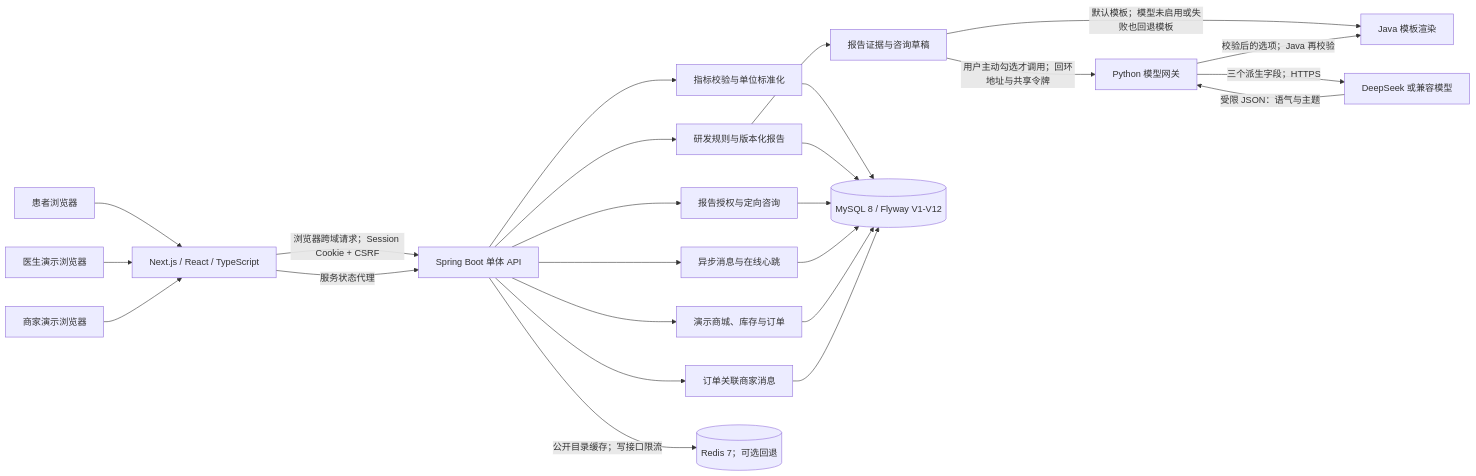
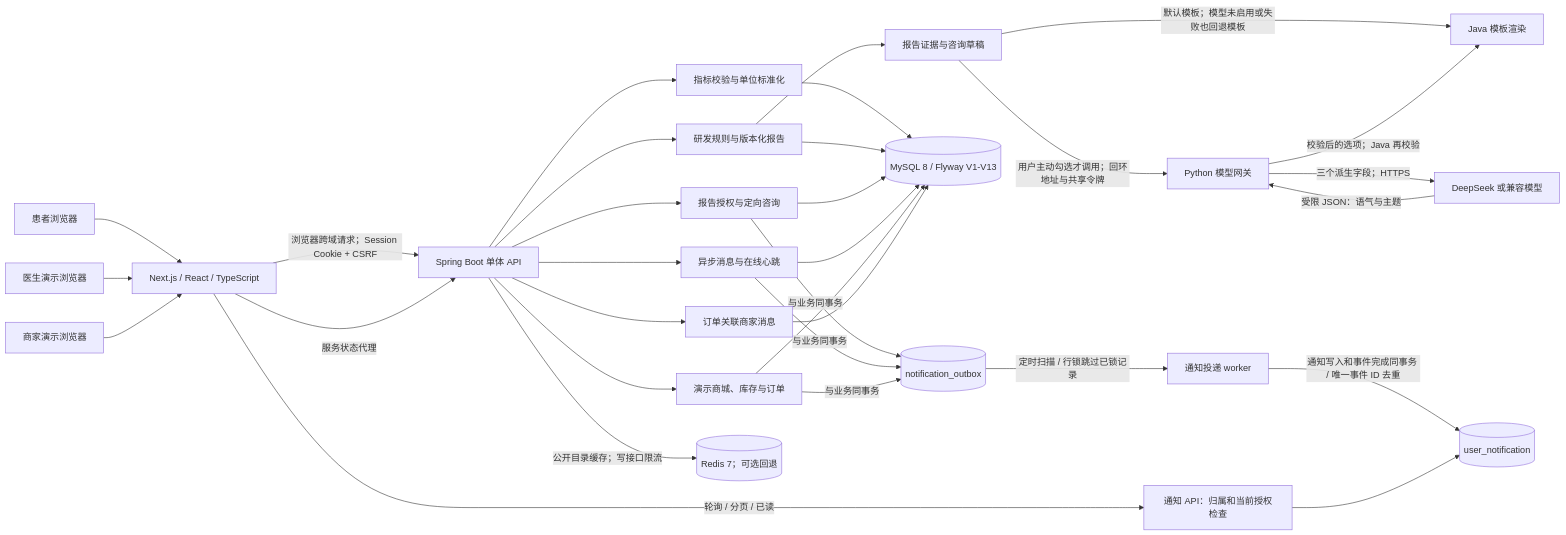
One commit to mxxx-account/JWZZ changed the diagram in docs/architecture.md. Above: the diagram before and after it, drawn with Mermaid. The commit also changed other lines of this file and 31 other files, not shown here.

````diff
--- a/docs/architecture.md
+++ b/docs/architecture.md
@@ -5,22 +5,27 @@
 ```mermaid
 flowchart LR
   U[患者浏览器] --> N[Next.js / React / TypeScript]
   D[医生演示浏览器] --> N
   S[商家演示浏览器] --> N
   N -->|浏览器跨域请求；Session Cookie + CSRF| A[Spring Boot 单体 API]
   N -->|服务状态代理| A
   A --> I[指标校验与单位标准化]
   A --> R[研发规则与版本化报告]
   R --> P[报告证据与咨询草稿]
   P -->|默认模板；模型未启用或失败也回退模板| T[Java 模板渲染]
   P -->|用户主动勾选才调用；回环地址与共享令牌| PY[Python 模型网关]
   PY -->|三个派生字段；HTTPS| LLM[DeepSeek 或兼容模型]
   LLM -->|受限 JSON：语气与主题| PY
   PY -->|校验后的选项；Java 再校验| T
   A --> G[报告授权与定向咨询]
   A --> M[异步消息与在线心跳]
   A --> C[演示商城、库存与订单]
   A --> SM[订单关联商家消息]
-  I & R & G & M & C & SM --> SQL[(MySQL 8 / Flyway V1-V12)]
+  I & R & G & M & C & SM --> SQL[(MySQL 8 / Flyway V1-V13)]
+  G & M & C -->|与业务同事务| O[(notification_outbox)]
+  O -->|定时扫描 / 行锁跳过已锁记录| W[通知投递 worker]
+  W -->|通知写入和事件完成同事务 / 唯一事件 ID 去重| NI[(user_notification)]
+  N -->|轮询 / 分页 / 已读| NA[通知 API：归属和当前授权检查]
+  NA --> NI
   A -->|公开目录缓存；写接口限流| REDIS[(Redis 7；可选回退)]
 ```
````
